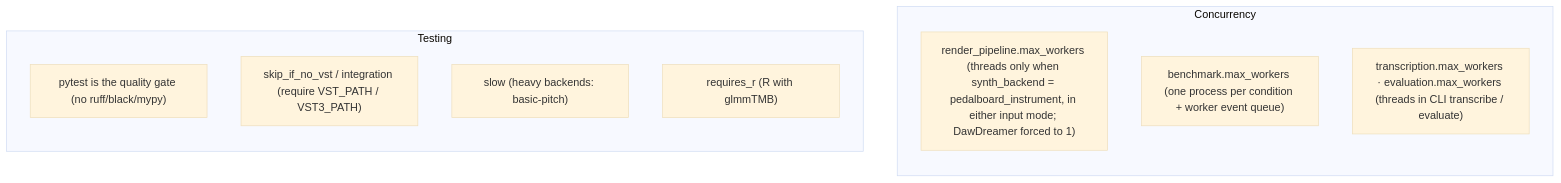
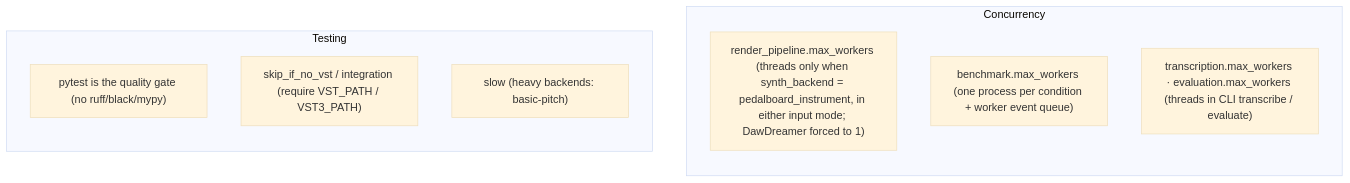
One commit to dadmaan/sonitra changed the tenth of 10 diagrams in ARCHITECTURE.md. Above: the diagram before and after it, drawn with Mermaid (base theme). The commit also changed other lines of this file and 16 other files, not shown here.

````diff
--- a/ARCHITECTURE.md
+++ b/ARCHITECTURE.md
@@ -263,17 +263,16 @@
 ```mermaid
 flowchart TB
     subgraph conc["Concurrency"]
         direction TB
         p1["render_pipeline.max_workers (threads only when synth_backend = pedalboard_instrument, in either input mode; DawDreamer forced to 1)"]
         p2["benchmark.max_workers (one process per condition + worker event queue)"]
         p3["transcription.max_workers · evaluation.max_workers (threads in CLI transcribe / evaluate)"]
     end
 
     subgraph test["Testing"]
         direction TB
         gate["pytest is the quality gate (no ruff/black/mypy)"]
         m1["skip_if_no_vst / integration (require VST_PATH / VST3_PATH)"]
         m2["slow (heavy backends: basic-pitch)"]
-        m3["requires_r (R with glmmTMB)"]
     end
 ```
````
